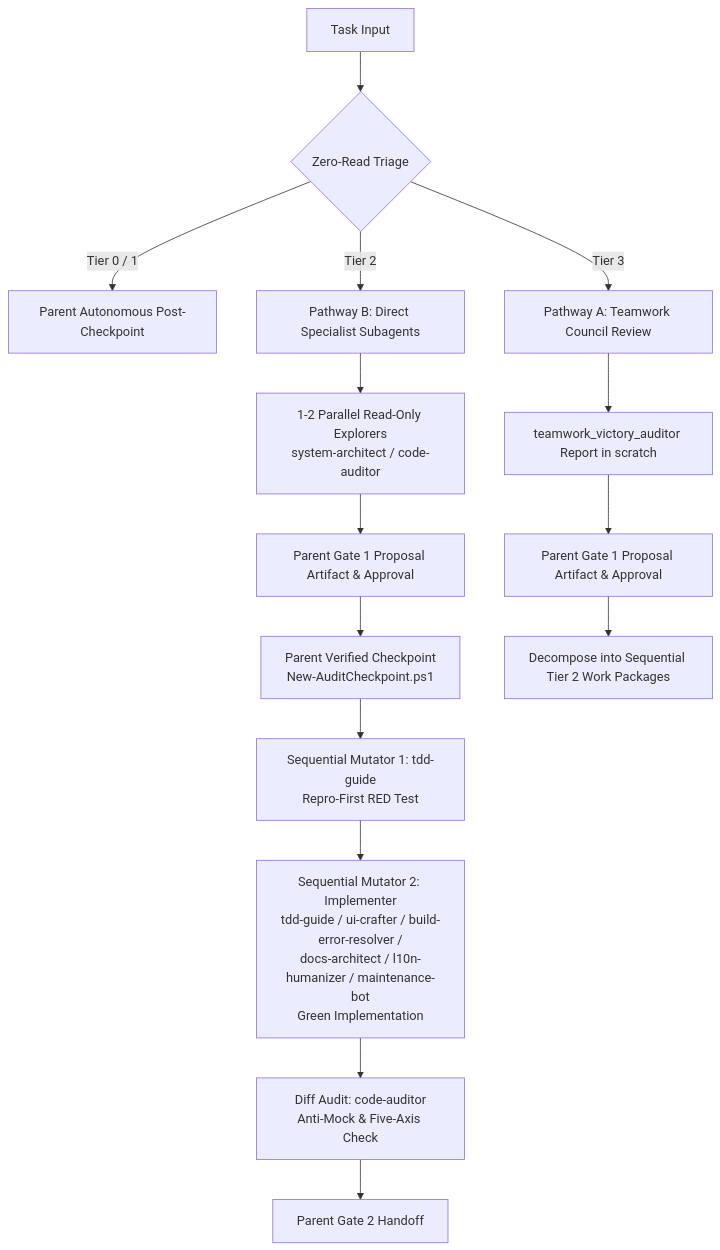
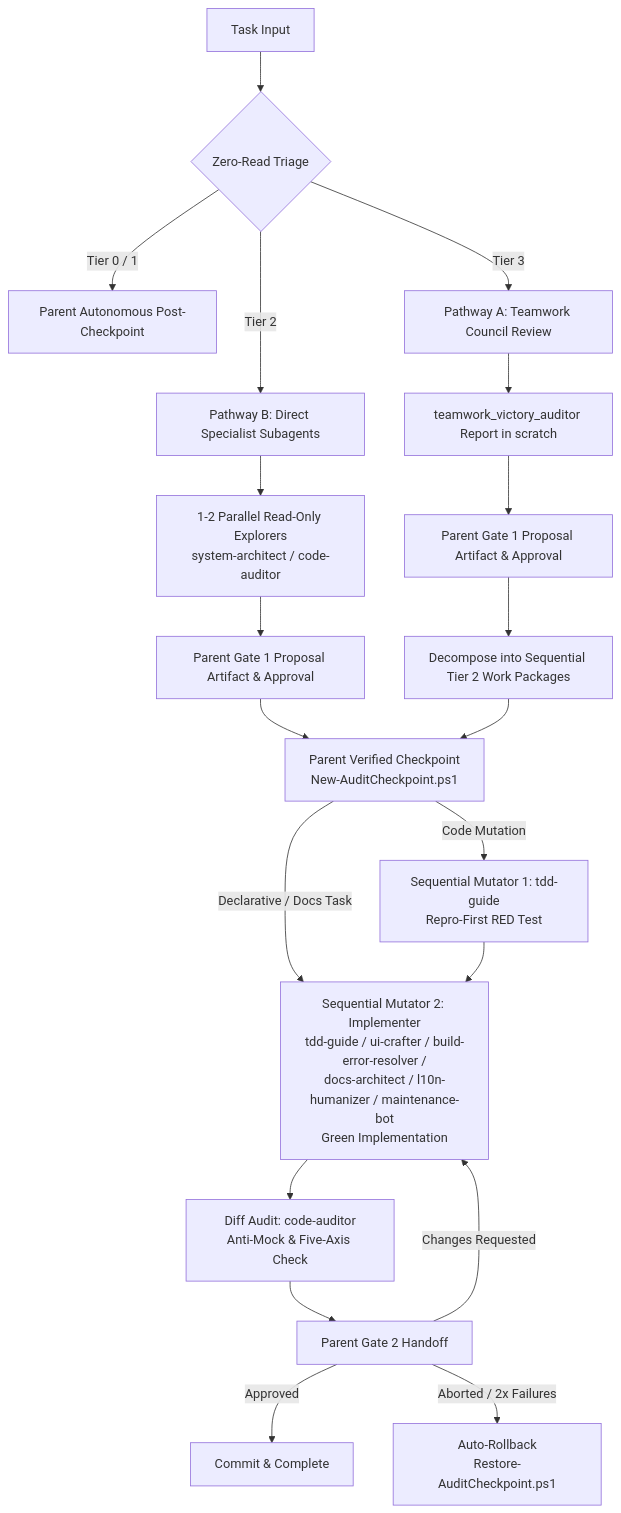
Before and after one commit to afif25fradana/everyday-agy: the diagram in config/skills/orchestrator/SKILL.md, drawn with Mermaid. The commit also changed 29 other files, not shown here.

First line of the commit message:
fix(security): harden AST safety, rollback integrity, and manifest schemas

````diff
--- a/config/skills/orchestrator/SKILL.md
+++ b/config/skills/orchestrator/SKILL.md
@@ -69,19 +69,26 @@
 ```mermaid
 flowchart TD
     Task["Task Input"] --> Triage{"Zero-Read Triage"}
     Triage -->|"Tier 0 / 1"| ParentDirect["Parent Autonomous Post-Checkpoint"]
     Triage -->|"Tier 2"| DirectSpecialists["Pathway B: Direct Specialist Subagents"]
     Triage -->|"Tier 3"| TeamworkCouncil["Pathway A: Teamwork Council Review"]
     
     DirectSpecialists --> S1["1-2 Parallel Read-Only Explorers<br/>system-architect / code-auditor"]
     S1 --> Gate1["Parent Gate 1 Proposal Artifact & Approval"]
     Gate1 --> Ckpt["Parent Verified Checkpoint<br/>New-AuditCheckpoint.ps1"]
-    Ckpt --> S2["Sequential Mutator 1: tdd-guide<br/>Repro-First RED Test"]
-    S2 --> S3["Sequential Mutator 2: Implementer<br/>tdd-guide / ui-crafter / build-error-resolver /<br/>docs-architect / l10n-humanizer / maintenance-bot<br/>Green Implementation"]
-    S3 --> S4["Diff Audit: code-auditor<br/>Anti-Mock & Five-Axis Check"]
-    S4 --> Gate2["Parent Gate 2 Handoff"]
     
     TeamworkCouncil --> TCReport["teamwork_victory_auditor Report in scratch"]
     TCReport --> Gate1TC["Parent Gate 1 Proposal Artifact & Approval"]
     Gate1TC --> T3Exec["Decompose into Sequential Tier 2 Work Packages"]
+    T3Exec --> Ckpt
+    
+    Ckpt -->|"Code Mutation"| S2["Sequential Mutator 1: tdd-guide<br/>Repro-First RED Test"]
+    Ckpt -->|"Declarative / Docs Task"| S3["Sequential Mutator 2: Implementer<br/>tdd-guide / ui-crafter / build-error-resolver /<br/>docs-architect / l10n-humanizer / maintenance-bot<br/>Green Implementation"]
+    S2 --> S3
+    S3 --> S4["Diff Audit: code-auditor<br/>Anti-Mock & Five-Axis Check"]
+    S4 --> Gate2["Parent Gate 2 Handoff"]
+    
+    Gate2 -->|"Approved"| CommitDone["Commit & Complete"]
+    Gate2 -->|"Changes Requested"| S3
+    Gate2 -->|"Aborted / 2x Failures"| Rollback["Auto-Rollback<br/>Restore-AuditCheckpoint.ps1"]
 ```
````
